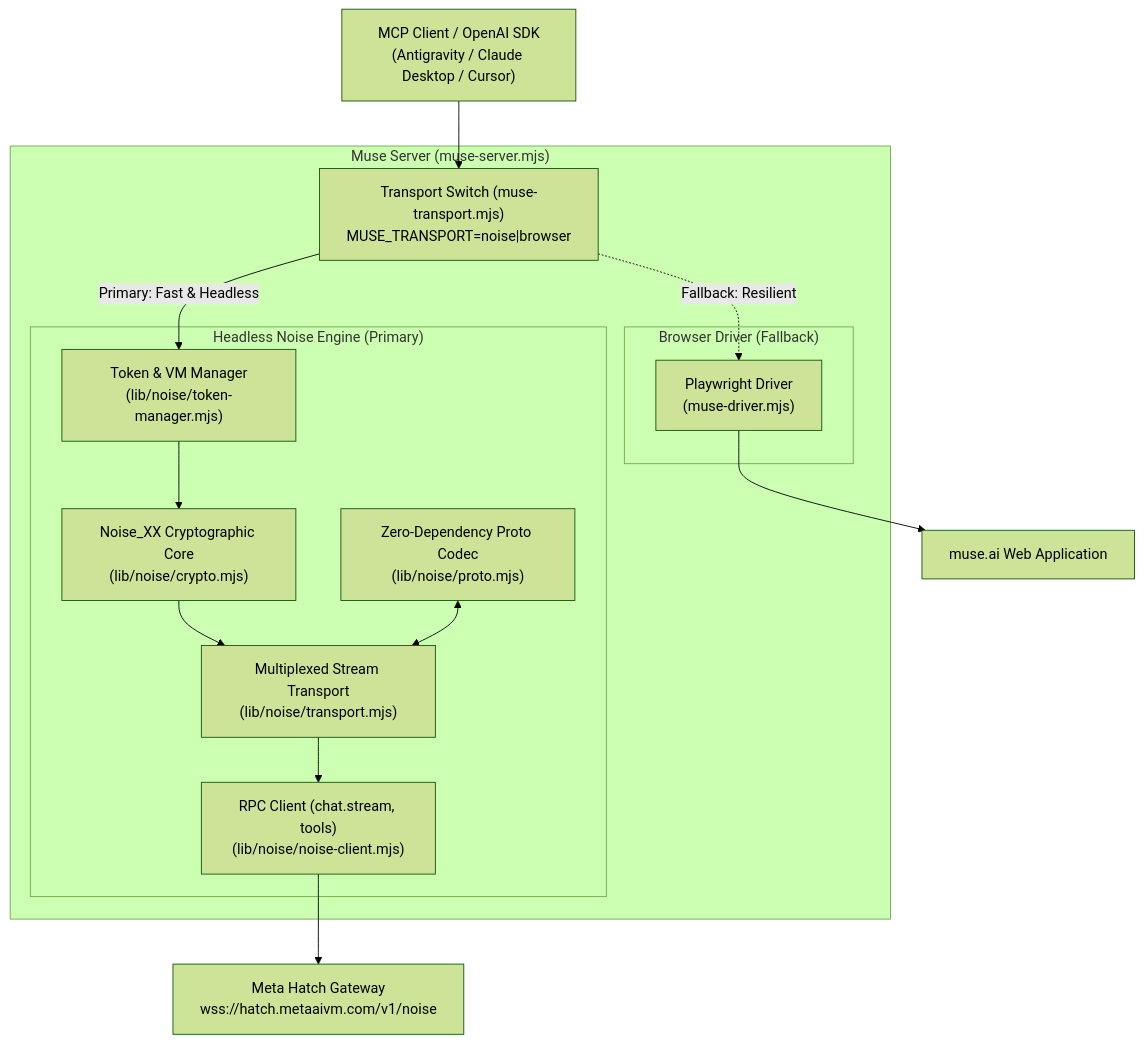
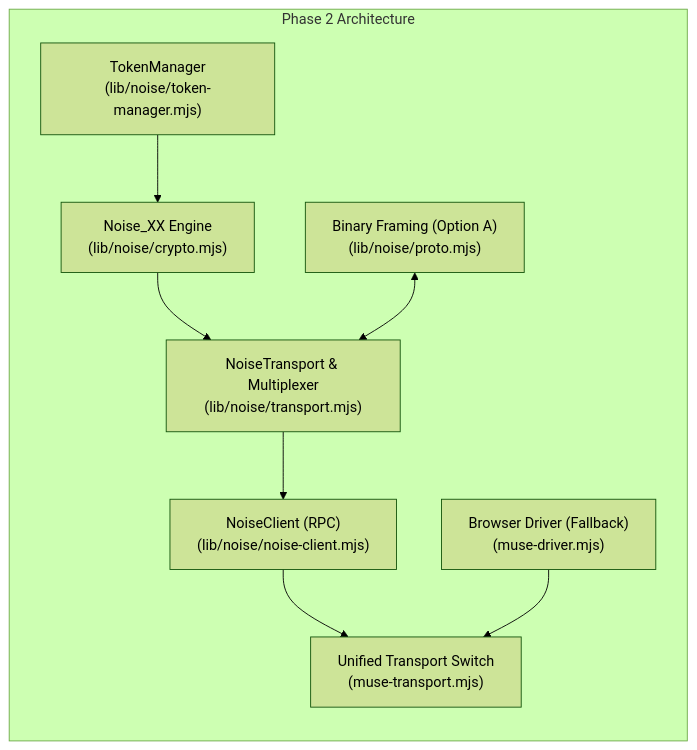
The diagram in docs/PHASE2_NOISE_PLAN.md (arinnem/Muse-Chat-MCP), drawn with Mermaid (forest theme) before and after one commit. The commit also changed other lines of this file, not shown here.

First line of the commit message:
docs(phase2): update Phase 2 implementation plan with component breakdowns and verification plan

````diff
--- a/docs/PHASE2_NOISE_PLAN.md
+++ b/docs/PHASE2_NOISE_PLAN.md
@@ -16,29 +40,17 @@
 ```mermaid
-flowchart TD
-    Client["MCP Client / OpenAI SDK\n(Antigravity / Claude Desktop / Cursor)"]
-    
-    subgraph Server ["Muse Server (muse-server.mjs)"]
-        Router["Transport Switch (muse-transport.mjs)\nMUSE_TRANSPORT=noise|browser"]
-        
-        subgraph HeadlessEngine ["Headless Noise Engine (Primary)"]
-            TokenMgr["Token & VM Manager\n(lib/noise/token-manager.mjs)"]
-            Crypto["Noise_XX Cryptographic Core\n(lib/noise/crypto.mjs)"]
-            Proto["Zero-Dependency Proto Codec\n(lib/noise/proto.mjs)"]
-            Transport["Multiplexed Stream Transport\n(lib/noise/transport.mjs)"]
-            RPC["RPC Client (chat.stream, tools)\n(lib/noise/noise-client.mjs)"]
-        end
-        
-        subgraph BrowserEngine ["Browser Driver (Fallback)"]
-            Driver["Playwright Driver\n(muse-driver.mjs)"]
-        end
+flowchart LR
+    subgraph Core ["Phase 2 Architecture"]
+        TM["TokenManager\n(lib/noise/token-manager.mjs)"]
+        Crypto["Noise_XX Engine\n(lib/noise/crypto.mjs)"]
+        Proto["Binary Framing (Option A)\n(lib/noise/proto.mjs)"]
+        Transport["NoiseTransport & Multiplexer\n(lib/noise/transport.mjs)"]
+        Client["NoiseClient (RPC)\n(lib/noise/noise-client.mjs)"]
+        Manager["Unified Transport Switch\n(muse-transport.mjs)"]
+        Driver["Browser Driver (Fallback)\n(muse-driver.mjs)"]
     end
     
-    Gateway["Meta Hatch Gateway\nwss://hatch.metaaivm.com/v1/noise"]
-    Web["muse.ai Web Application"]
-    
-    Client --> Router
-    Router -->|Primary: Fast & Headless| TokenMgr
-    TokenMgr --> Crypto --> Transport --> RPC --> Gateway
+    TM --> Crypto --> Transport --> Client
     Proto <--> Transport
-    Router -.->|Fallback: Resilient| Driver --> Web
+    Client --> Manager
+    Driver --> Manager
 ```
````
